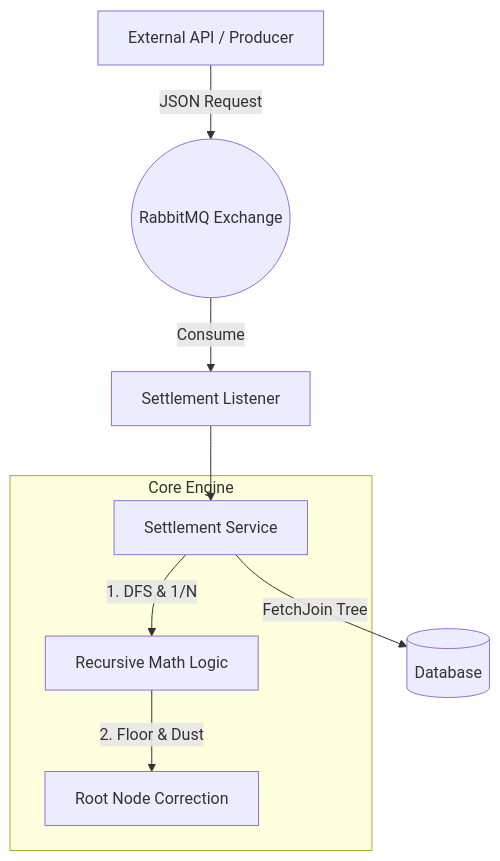
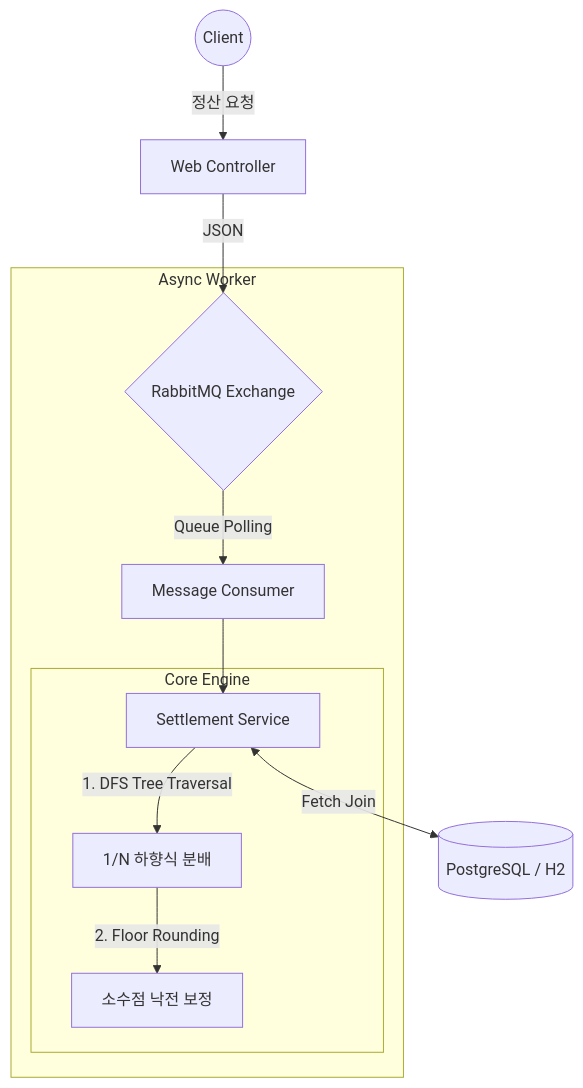
The diagram in README.md (gayulz/multi-level-fee), drawn with Mermaid before and after one commit. The commit also changed other lines of this file, not shown here.

````diff
--- a/README.md
+++ b/README.md
@@ -57,13 +42,17 @@
 ```mermaid
 flowchart TD
-    API[External API / Producer] -->|JSON Request| Queue((RabbitMQ Exchange))
-    Queue -->|Consume| C[Settlement Listener]
-    C --> S[Settlement Service]
+    Client((Client)) -->|정산 요청| Controller[Web Controller]
+    Controller -->|JSON| RabbitMQ{RabbitMQ Exchange}
 
-    subgraph Core Engine
-        S -->|1. DFS & 1/N| Logic[Recursive Math Logic]
-        Logic -->|2. Floor & Dust| Dust[Root Node Correction]
+    subgraph Async Worker
+        RabbitMQ -->|Queue Polling| Consumer[Message Consumer]
+        Consumer --> Service[Settlement Service]
+
+        subgraph Core Engine
+            Service -->|1. DFS Tree Traversal| DFS[1/N 하향식 분배]
+            DFS -->|2. Floor Rounding| Dust[소수점 낙전 보정]
+        end
     end
 
-    S -->|FetchJoin Tree| DB[(Database)]
+    Service <-->|Fetch Join| DB[(PostgreSQL / H2)]
 ```
````
